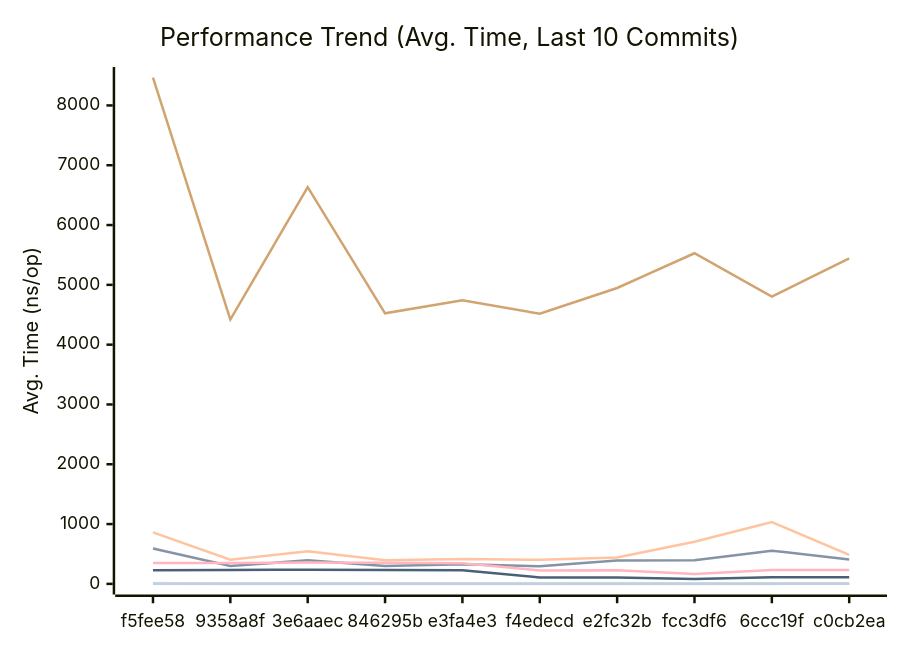
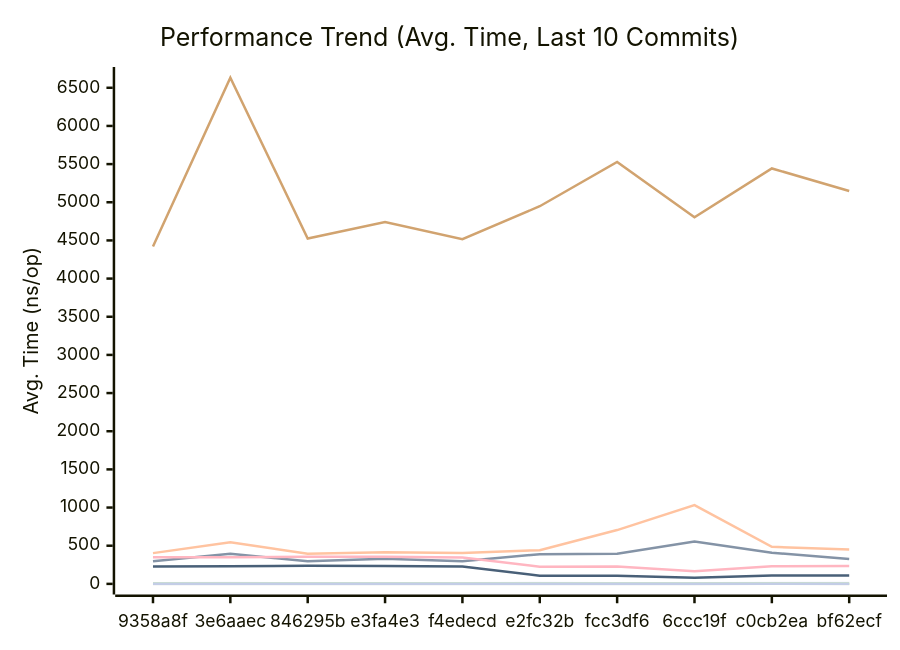
One commit to alsotoes/momo changed the first of 3 diagrams in docs/PERFORMANCE.md. Above: the diagram before and after it, drawn with Mermaid. The commit also changed other lines of this file and 3 other files, not shown here.

````diff
--- a/docs/PERFORMANCE.md
+++ b/docs/PERFORMANCE.md
@@ -80,16 +80,16 @@
 ```mermaid
 xychart-beta
     title "Performance Trend (Avg. Time, Last 10 Commits)"
     x-axis "Commit"
     y-axis "Avg. Time (ns/op)"
-    x-axis [f5fee58,9358a8f,3e6aaec,846295b,e3fa4e3,f4edecd,e2fc32b,fcc3df6,6ccc19f,c0cb2ea]
-    line "CheckMetricsAndSwap" [14,8,11,8,8,9,13,9,9,11]
-    line "CrushOptimized" [592,298,393,297,329,295,389,396,555,408]
-    line "CrushOriginal" [860,403,545,396,415,403,442,705,1033,485]
-    line "IndexDirectTracking" [1,0,0,0,0,0,0,0,0,1]
-    line "IndexSearch" [3,2,2,2,2,2,2,2,2,3]
-    line "LoadGlobalConfig" [8465,4420,6633,4524,4742,4516,4948,5528,4804,5443]
-    line "PadString" [3,2,3,2,2,2,2,2,2,2]
+    x-axis [9358a8f,3e6aaec,846295b,e3fa4e3,f4edecd,e2fc32b,fcc3df6,6ccc19f,c0cb2ea,bf62ecf]
+    line "CheckMetricsAndSwap" [8,11,8,8,9,13,9,9,11,10]
+    line "CrushOptimized" [298,393,297,329,295,389,396,555,408,327]
+    line "CrushOriginal" [403,545,396,415,403,442,705,1033,485,449]
+    line "IndexDirectTracking" [0,0,0,0,0,0,0,0,1,0]
+    line "IndexSearch" [2,2,2,2,2,2,2,2,3,2]
+    line "LoadGlobalConfig" [4420,6633,4524,4742,4516,4948,5528,4804,5443,5148]
+    line "PadString" [2,3,2,2,2,2,2,2,2,2]
     line "ParseReplicationOrder_NoPrealloc" [350,349,357,354,345,225,229,165,232,234]
     line "ParseReplicationOrder_Prealloc" [229,231,237,234,229,108,107,80,110,109]
 ```
````
